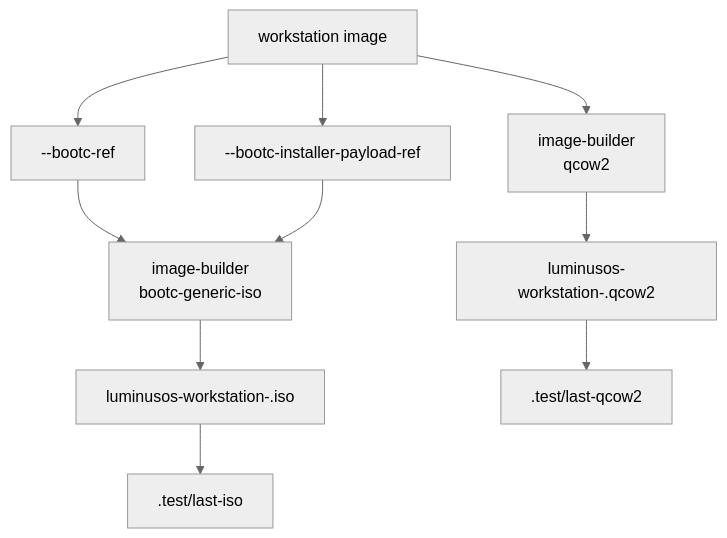
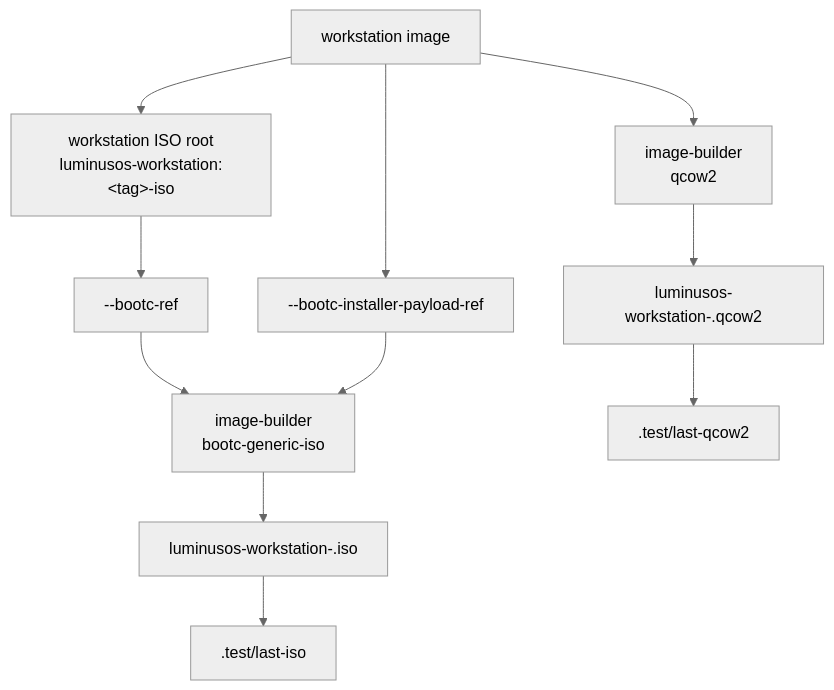
Diagram 12 of 15 in ARCHITECTURE.md (luminusOS/images), drawn with Mermaid (neutral theme) before and after one commit. The commit also changed other lines of this file and 34 other files, not shown here.

````diff
--- a/ARCHITECTURE.md
+++ b/ARCHITECTURE.md
@@ -592,17 +568,18 @@
 ```mermaid
 flowchart TD
     Workstation["workstation image"]
     ISOBuilder["image-builder<br/>bootc-generic-iso"]
     QCOW2Builder["image-builder<br/>qcow2"]
     BootcRef["--bootc-ref"]
     PayloadRef["--bootc-installer-payload-ref"]
+    WorkstationISO["workstation ISO root<br/>luminusos-workstation:&lt;tag&gt;-iso"]
     ISO["luminusos-workstation-<tag>.iso"]
     QCOW2["luminusos-workstation-<tag>.qcow2"]
     LastISO[".test/last-iso"]
     LastQCOW2[".test/last-qcow2"]
 
-    Workstation --> BootcRef --> ISOBuilder
+    Workstation --> WorkstationISO --> BootcRef --> ISOBuilder
     Workstation --> PayloadRef --> ISOBuilder
     ISOBuilder --> ISO --> LastISO
     Workstation --> QCOW2Builder --> QCOW2 --> LastQCOW2
 ```
````
